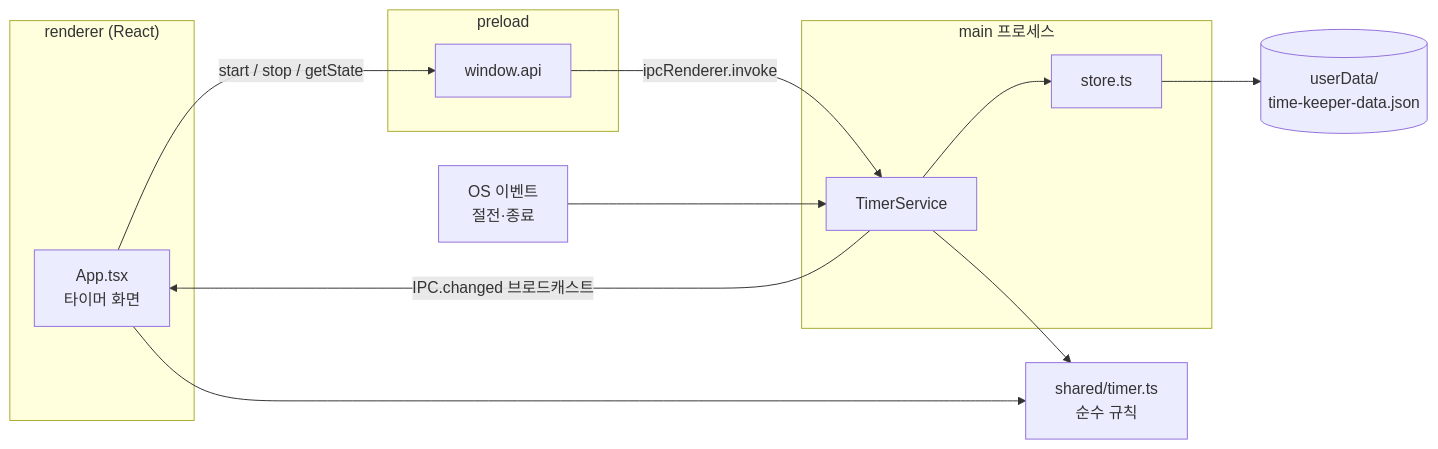
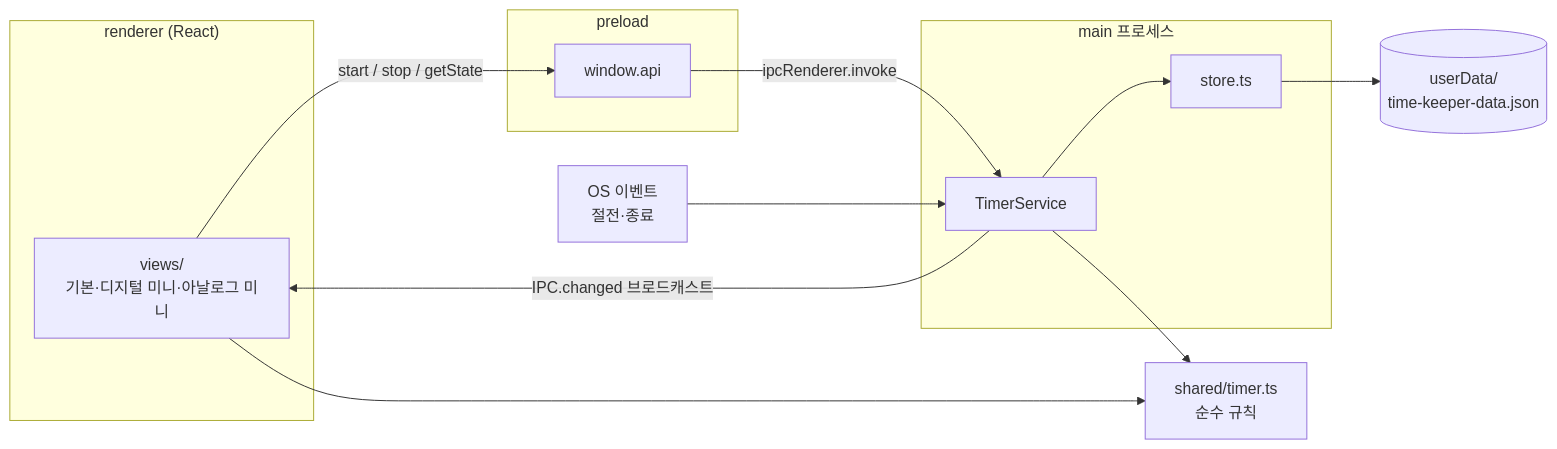
The diagram in apps/time-keeper/ARCHITECTURE.md (JangAJang/jja-dal-si-ri), drawn with Mermaid before and after one commit. The commit also changed other lines of this file and 27 other files, not shown here.

````diff
--- a/apps/time-keeper/ARCHITECTURE.md
+++ b/apps/time-keeper/ARCHITECTURE.md
@@ -9,23 +9,23 @@
 ```mermaid
 flowchart LR
   subgraph renderer["renderer (React)"]
-    app["App.tsx<br/>타이머 화면"]
+    app["views/<br/>기본·디지털 미니·아날로그 미니"]
   end
   subgraph preload
     api["window.api"]
   end
   subgraph main["main 프로세스"]
     svc["TimerService"]
     store["store.ts"]
   end
   shared["shared/timer.ts<br/>순수 규칙"]
   file[("userData/<br/>time-keeper-data.json")]
   os["OS 이벤트<br/>절전·종료"]
 
   app -- "start / stop / getState" --> api -- "ipcRenderer.invoke" --> svc
   svc -- "IPC.changed 브로드캐스트" --> app
   svc --> shared
   app --> shared
   svc --> store --> file
   os --> svc
 ```
````
